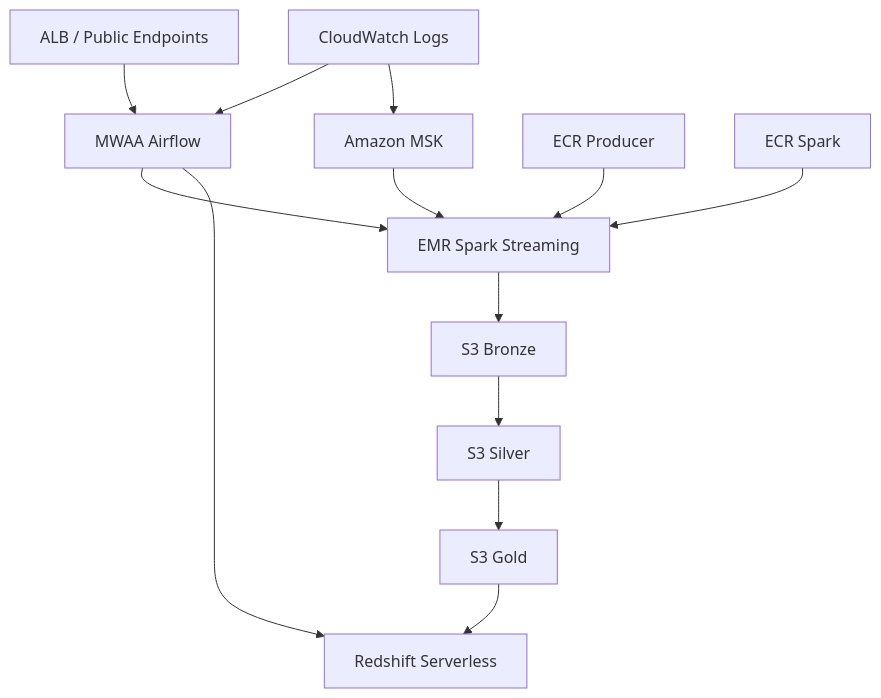
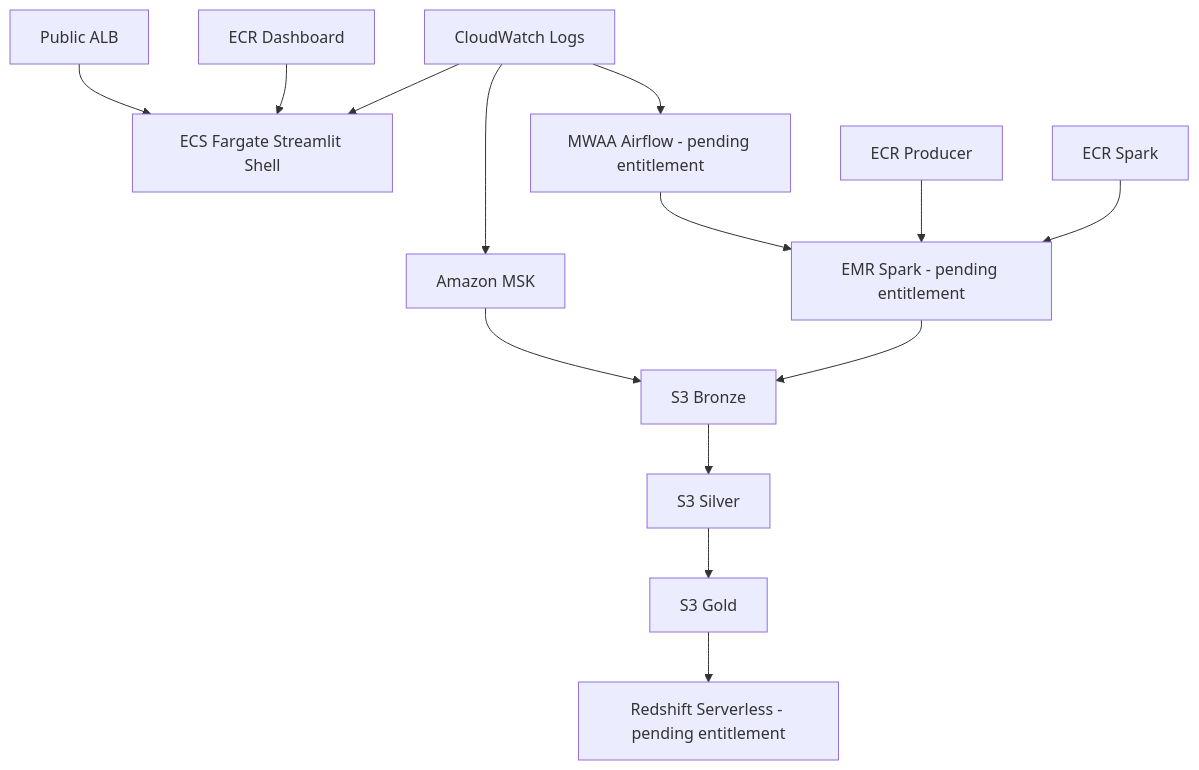
Before and after one commit to jmahotiedu/streaming-etl-pipeline: the second of 2 diagrams in README.md, drawn with Mermaid. The commit also changed other lines of this file and 11 other files, not shown here.

Commit message:
Add core-mode dashboard shell infra and deployment smoke checks

````diff
--- a/README.md
+++ b/README.md
@@ -179,15 +186,16 @@
 ```mermaid
 graph TD
-  ALB[ALB / Public Endpoints] --> MWAA[MWAA Airflow]
-  MSK[Amazon MSK] --> EMR[EMR Spark Streaming]
-  EMR --> BRONZE[S3 Bronze]
+  ALB[Public ALB] --> ECS[ECS Fargate Streamlit Shell]
+  ECRD[ECR Dashboard] --> ECS
+  MSK[Amazon MSK] --> BRONZE[S3 Bronze]
   BRONZE --> SILVER[S3 Silver]
   SILVER --> GOLD[S3 Gold]
-  GOLD --> RS[Redshift Serverless]
-  MWAA --> EMR
-  MWAA --> RS
+  MWAA[MWAA Airflow - pending entitlement] --> EMR[EMR Spark - pending entitlement]
+  EMR --> BRONZE
+  GOLD --> RS[Redshift Serverless - pending entitlement]
   ECR1[ECR Producer] --> EMR
   ECR2[ECR Spark] --> EMR
-  CW[CloudWatch Logs] --> MWAA
+  CW[CloudWatch Logs] --> ECS
+  CW --> MWAA
   CW --> MSK
 ```
````
